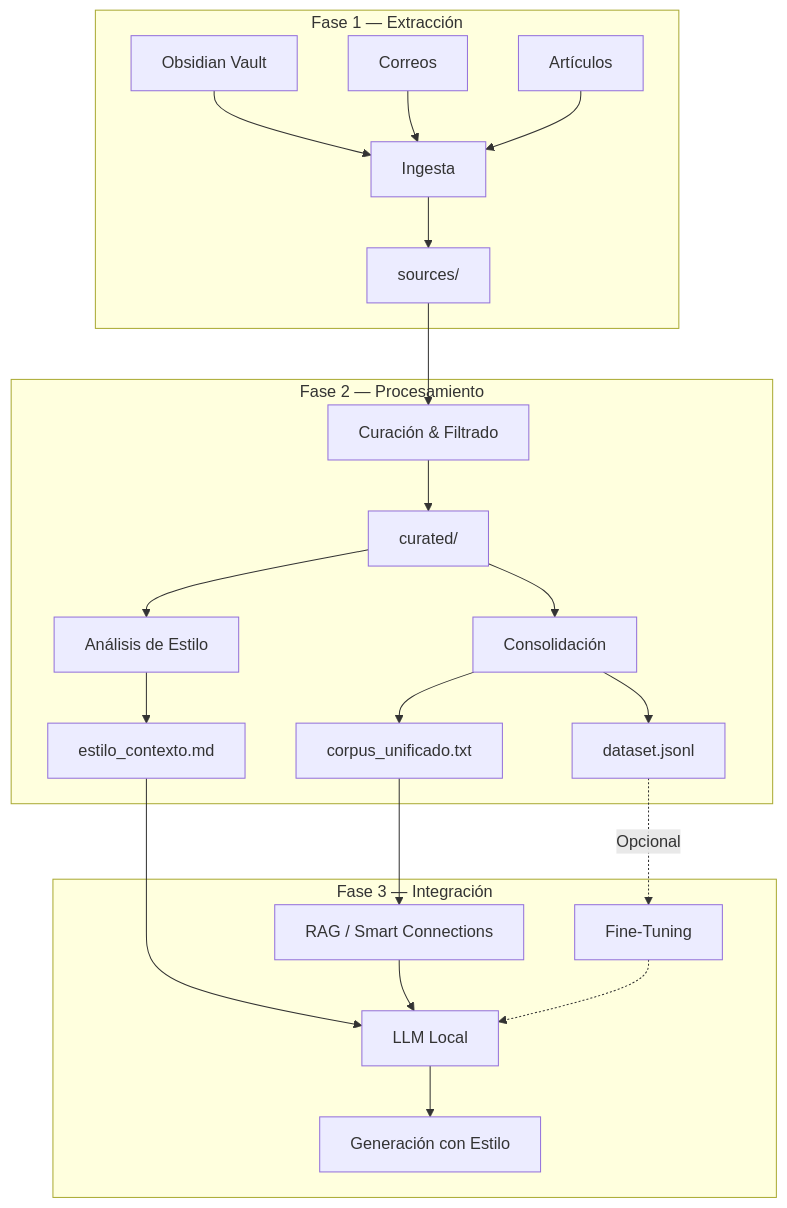
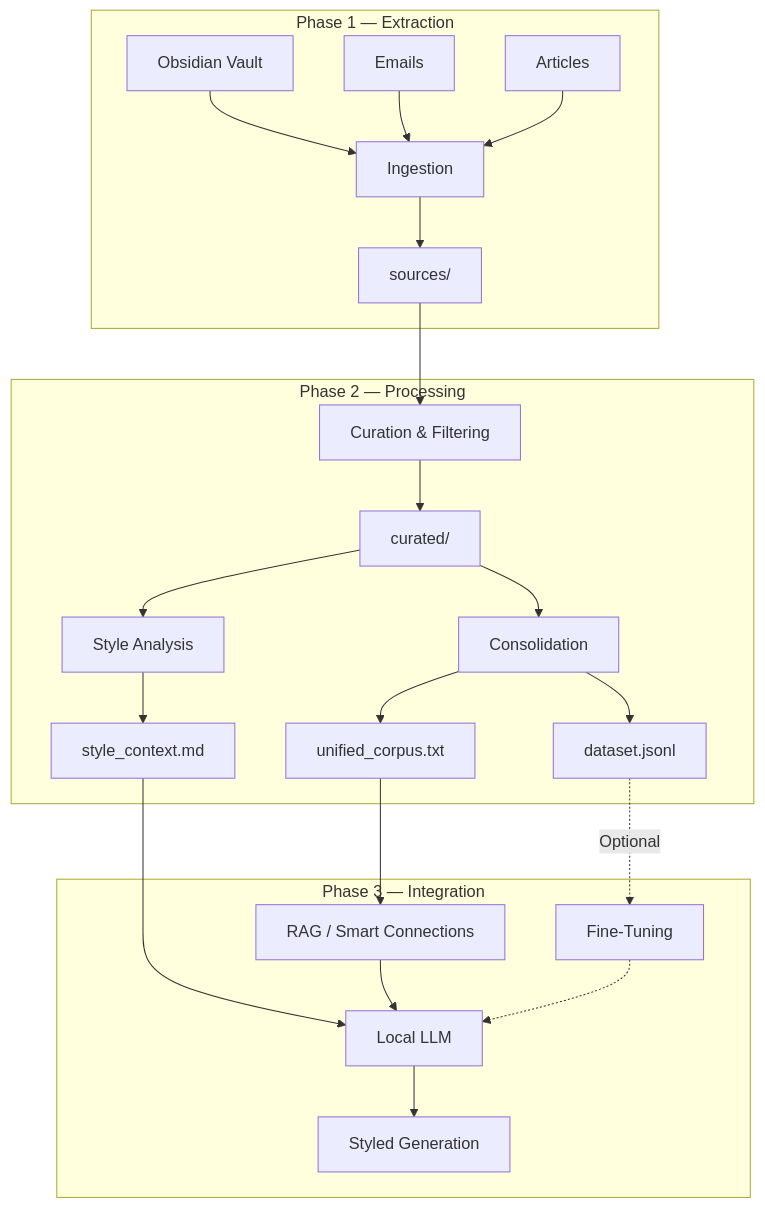
One commit to luisgarciadiaz/VoxMea changed the first of 2 diagrams in architecture.md. Above: the diagram before and after it, drawn with Mermaid. The commit also changed other lines of this file and 3 other files, not shown here.

````diff
--- a/architecture.md
+++ b/architecture.md
@@ -11,28 +11,28 @@
 ```mermaid
 graph TD
-    subgraph "Fase 1 — Extracción"
-        S1[Obsidian Vault] --> I[Ingesta]
-        S2[Correos] --> I
-        S3[Artículos] --> I
+    subgraph "Phase 1 — Extraction"
+        S1[Obsidian Vault] --> I[Ingestion]
+        S2[Emails] --> I
+        S3[Articles] --> I
         I --> RAW[sources/]
     end
 
-    subgraph "Fase 2 — Procesamiento"
-        RAW --> CUR[Curación & Filtrado]
+    subgraph "Phase 2 — Processing"
+        RAW --> CUR[Curation & Filtering]
         CUR --> CURATED[curated/]
-        CURATED --> ANAL[Análisis de Estilo]
-        ANAL --> PERFIL[estilo_contexto.md]
-        CURATED --> BUILD[Consolidación]
-        BUILD --> CORPUS[corpus_unificado.txt]
+        CURATED --> ANAL[Style Analysis]
+        ANAL --> PROFILE[style_context.md]
+        CURATED --> BUILD[Consolidation]
+        BUILD --> CORPUS[unified_corpus.txt]
         BUILD --> JSONL[dataset.jsonl]
     end
 
-    subgraph "Fase 3 — Integración"
-        PERFIL --> LLM[LLM Local]
+    subgraph "Phase 3 — Integration"
+        PROFILE --> LLM[Local LLM]
         CORPUS --> RAG[RAG / Smart Connections]
-        JSONL -.->|Opcional| FT[Fine-Tuning]
+        JSONL -.->|Optional| FT[Fine-Tuning]
         RAG --> LLM
         FT -.-> LLM
-        LLM --> OUT[Generación con Estilo]
+        LLM --> OUT[Styled Generation]
     end
 ```
````
